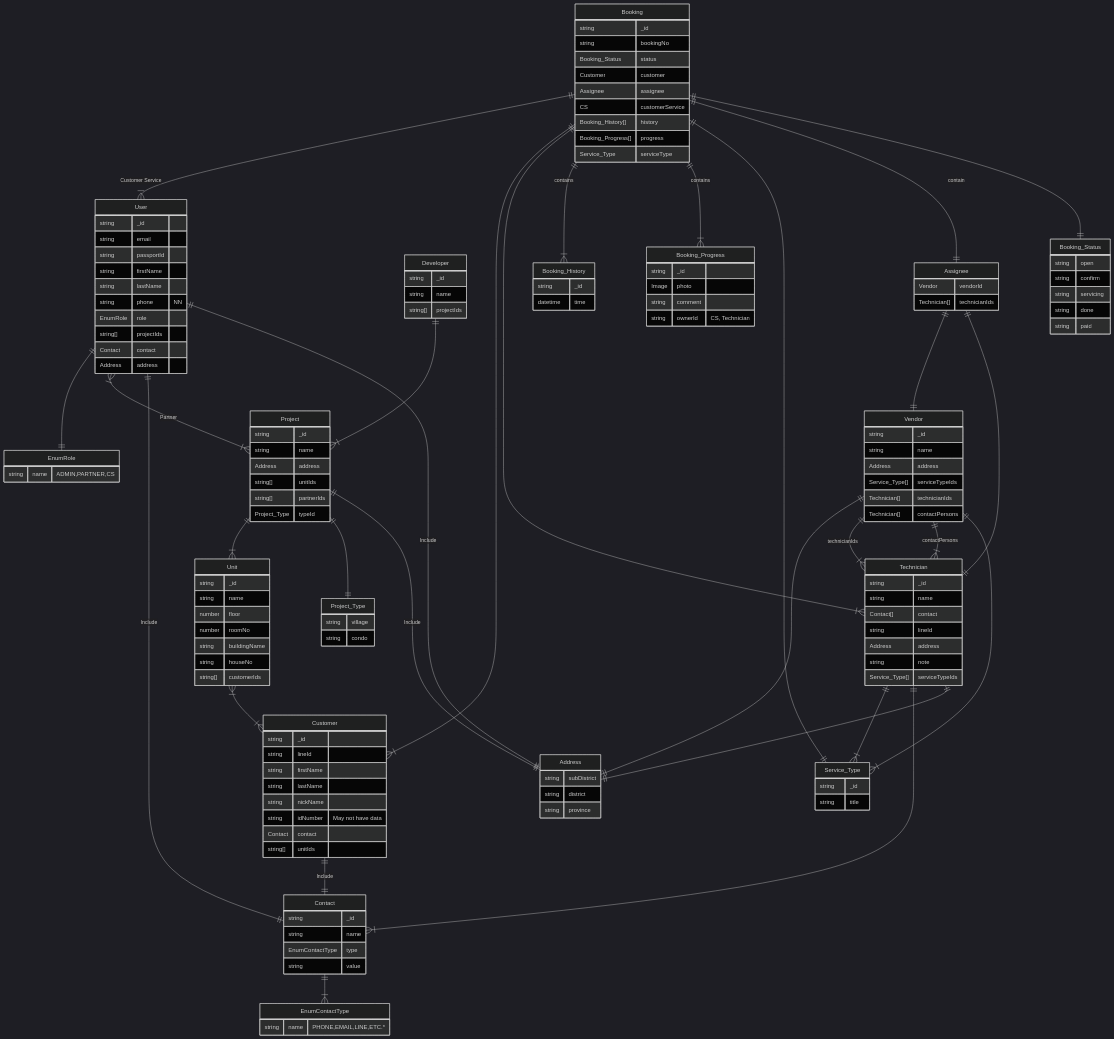
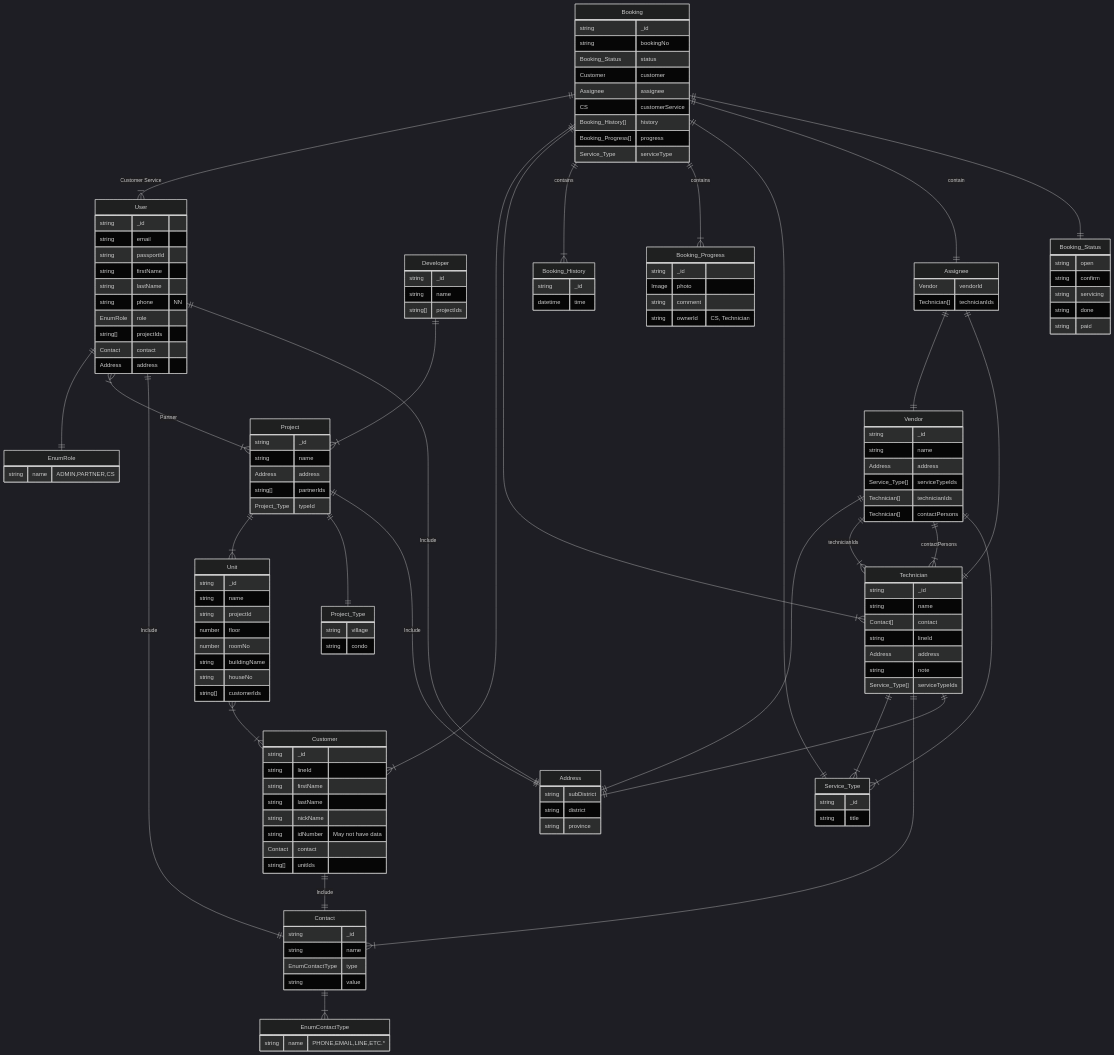
One commit to codehype-tech/chang-fe changed the diagram in diagram.md. Above: the diagram before and after it, drawn with Mermaid (dark theme).

Commit message:
update project  and unit

```diff
--- a/diagram.md
+++ b/diagram.md
@@ -61,7 +61,6 @@
       string _id
       string name
       Address address 
-      string[] unitIds
       string[] partnerIds
       Project_Type typeId
     }
@@ -77,7 +76,7 @@
     Unit {
       string _id
       string name
-
+      string projectId
       number floor
       number roomNo
       string buildingName
```
